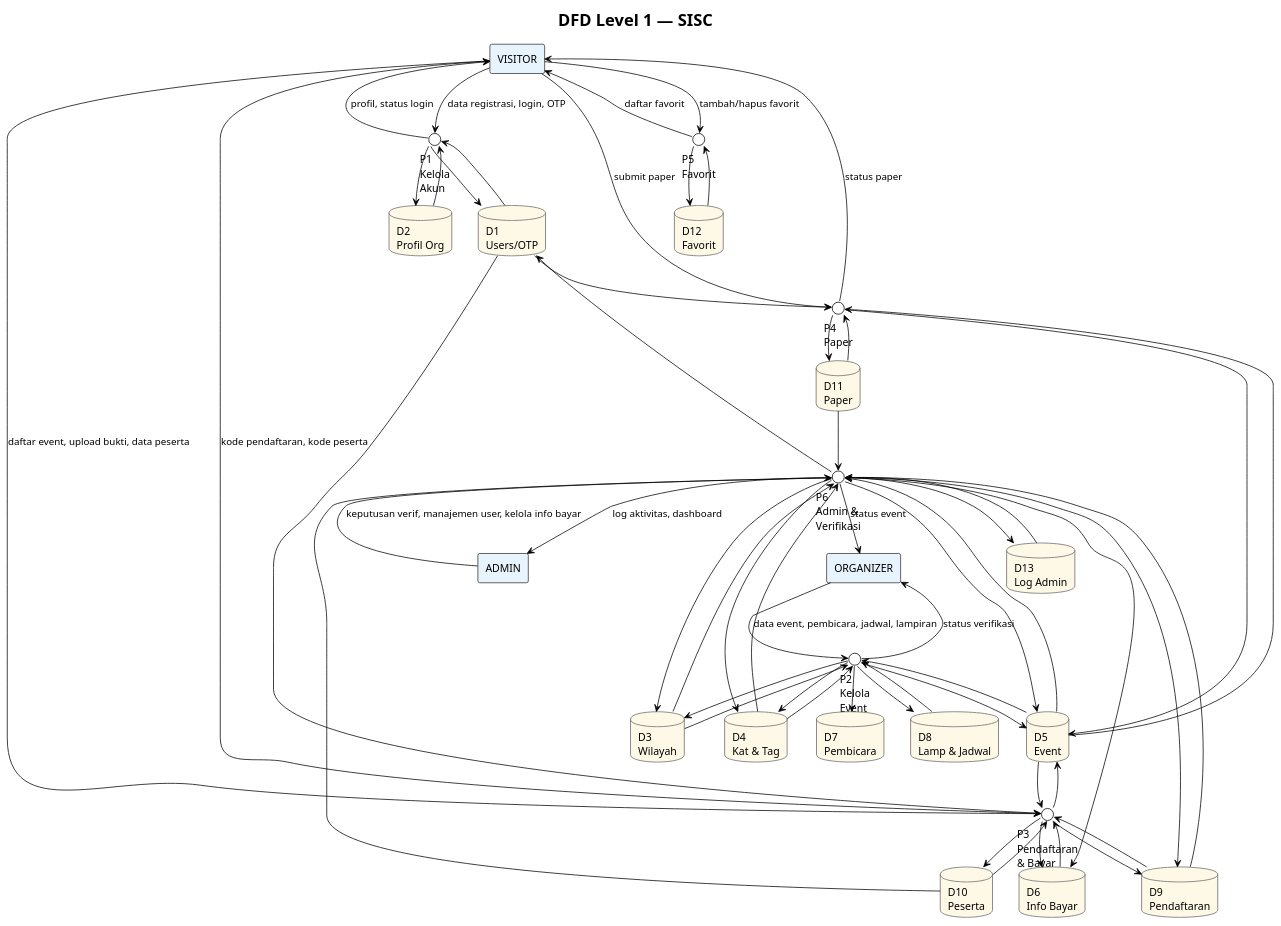
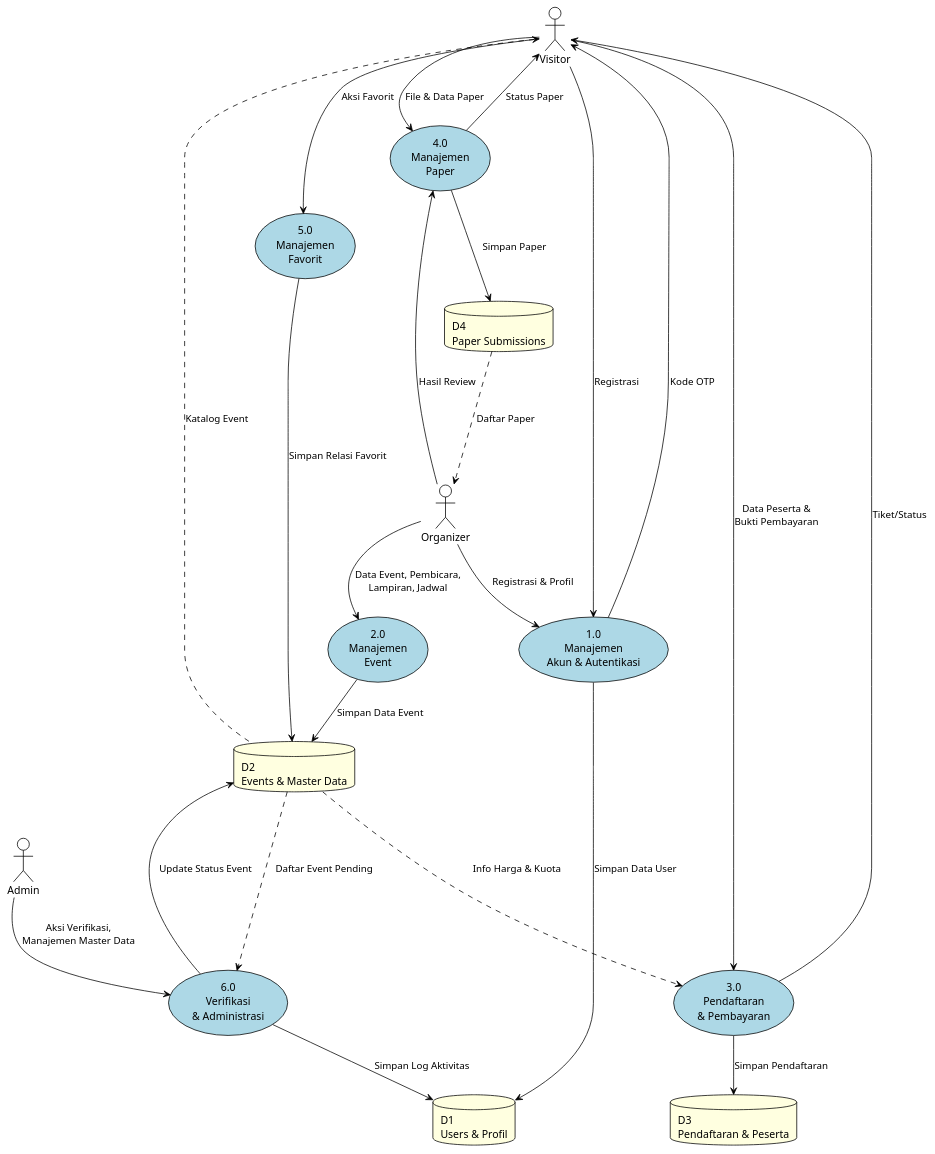
The diagram in docs/code_diagram/dfd-level-1.puml (mofaqihardiansyah/SISC), drawn with PlantUML before and after one commit. The commit also changed 8 other files, not shown here.

Commit message:
feat: code diagram dfd

```diff
--- a/docs/code_diagram/dfd-level-1.puml
+++ b/docs/code_diagram/dfd-level-1.puml
@@ -1,121 +1,56 @@
 @startuml
 !theme plain
-skinparam rectangle {
-  BorderColor #333333
-  BackgroundColor #E8F4FD
-}
-skinparam circle {
-  BorderColor #0066cc
-  BackgroundColor #D6EAF8
+skinparam roundcorner 10
+skinparam usecase {
+  BackgroundColor lightblue
+  BorderColor black
 }
 skinparam database {
-  BorderColor #666666
-  BackgroundColor #FEF9E7
+  BackgroundColor lightyellow
+  BorderColor black
 }
 
-title DFD Level 1 — SISC
+actor "Visitor" as Visitor
+actor "Organizer" as Organizer
+actor "Admin" as Admin
 
-' ── EXTERNAL ENTITIES ───
-rectangle "VISITOR" as visitor
-rectangle "ORGANIZER" as organizer
-rectangle "ADMIN" as admin
+database "D1\nUsers & Profil" as D1
+database "D2\nEvents & Master Data" as D2
+database "D3\nPendaftaran & Peserta" as D3
+database "D4\nPaper Submissions" as D4
 
-' ── PROCESSES ───
-circle "P1\nKelola\nAkun" as p1
-circle "P2\nKelola\nEvent" as p2
-circle "P3\nPendaftaran\n& Bayar" as p3
-circle "P4\nPaper" as p4
-circle "P5\nFavorit" as p5
-circle "P6\nAdmin &\nVerifikasi" as p6
+usecase "1.0\nManajemen\nAkun & Autentikasi" as P1
+usecase "2.0\nManajemen\nEvent" as P2
+usecase "3.0\nPendaftaran\n& Pembayaran" as P3
+usecase "4.0\nManajemen\nPaper" as P4
+usecase "5.0\nManajemen\nFavorit" as P5
+usecase "6.0\nVerifikasi\n& Administrasi" as P6
 
-' ── DATA STORES ───
-database "D1\nUsers/OTP" as d1
-database "D2\nProfil Org" as d2
-database "D3\nWilayah" as d3
-database "D4\nKat & Tag" as d4
-database "D5\nEvent" as d5
-database "D6\nInfo Bayar" as d6
-database "D7\nPembicara" as d7
-database "D8\nLamp & Jadwal" as d8
-database "D9\nPendaftaran" as d9
-database "D10\nPeserta" as d10
-database "D11\nPaper" as d11
-database "D12\nFavorit" as d12
-database "D13\nLog Admin" as d13
+Visitor --> P1 : "Registrasi"
+Organizer --> P1 : "Registrasi & Profil"
+P1 --> D1 : "Simpan Data User"
+P1 --> Visitor : "Kode OTP"
 
-' ── FLOWS: EXTERNAL → PROCESS ──
-visitor --> p1 : data registrasi, login, OTP
-visitor --> p3 : daftar event, upload bukti, data peserta
-visitor --> p4 : submit paper
-visitor --> p5 : tambah/hapus favorit
+Organizer --> P2 : "Data Event, Pembicara,\nLampiran, Jadwal"
+P2 --> D2 : "Simpan Data Event"
+D2 -.-> Visitor : "Katalog Event"
 
-organizer --> p2 : data event, pembicara, jadwal, lampiran
+Visitor --> P3 : "Data Peserta &\nBukti Pembayaran"
+D2 -.-> P3 : "Info Harga & Kuota"
+P3 --> D3 : "Simpan Pendaftaran"
+P3 --> Visitor : "Tiket/Status"
 
-admin --> p6 : keputusan verif, manajemen user, kelola info bayar
+Visitor --> P4 : "File & Data Paper"
+P4 --> D4 : "Simpan Paper"
+D4 -.-> Organizer : "Daftar Paper"
+Organizer --> P4 : "Hasil Review"
+P4 --> Visitor : "Status Paper"
 
-' ── FLOWS: PROCESS → EXTERNAL ──
-p1 --> visitor : profil, status login
-p3 --> visitor : kode pendaftaran, kode peserta
-p4 --> visitor : status paper
-p5 --> visitor : daftar favorit
+Visitor --> P5 : "Aksi Favorit"
+P5 --> D2 : "Simpan Relasi Favorit"
 
-p2 --> organizer : status verifikasi
-p6 --> organizer : status event
-
-p6 --> admin : log aktivitas, dashboard
-
-' ── FLOWS: PROCESS → STORE ──
-p1 --> d1
-p1 --> d2
-
-p2 --> d3
-p2 --> d4
-p2 --> d5
-p2 --> d7
-p2 --> d8
-
-p3 --> d5
-p3 --> d6
-p3 --> d9
-p3 --> d10
-
-p4 --> d5
-p4 --> d11
-
-p5 --> d12
-
-p6 --> d1
-p6 --> d3
-p6 --> d4
-p6 --> d5
-p6 --> d6
-p6 --> d9
-p6 --> d13
-
-' ── FLOWS: STORE → PROCESS ──
-d1 --> p1
-d1 --> p3
-d1 --> p4
-d2 --> p1
-
-d3 --> p2
-d3 --> p6
-d4 --> p2
-d4 --> p6
-d5 --> p2
-d5 --> p3
-d5 --> p4
-d5 --> p6
-d6 --> p3
-
-d8 --> p2
-d9 --> p3
-d9 --> p6
-d10 --> p3
-d10 --> p6
-d11 --> p4
-d11 --> p6
-d12 --> p5
-d13 --> p6
-
+Admin --> P6 : "Aksi Verifikasi,\nManajemen Master Data"
+D2 -.-> P6 : "Daftar Event Pending"
+P6 --> D2 : "Update Status Event"
+P6 --> D1 : "Simpan Log Aktivitas"
 @enduml
```
